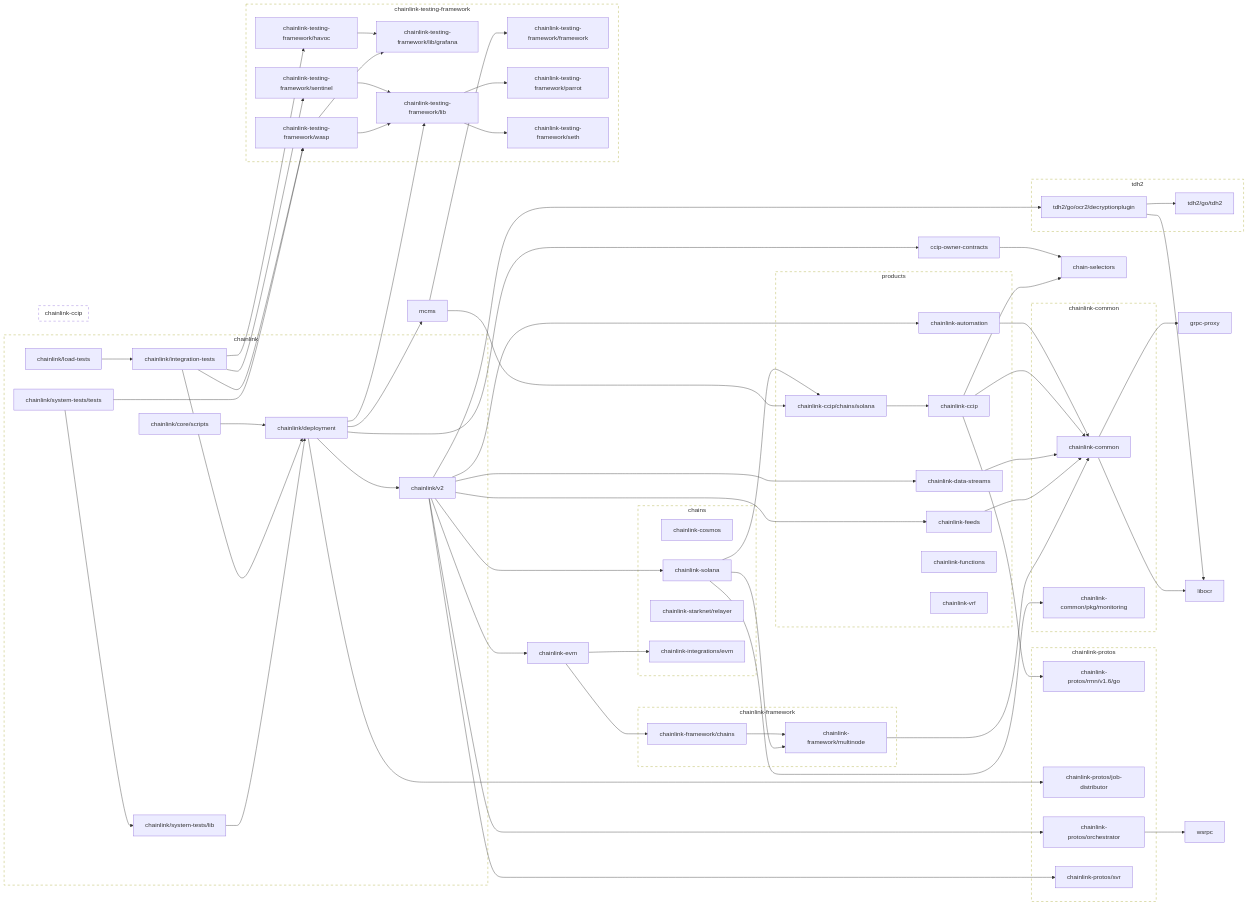
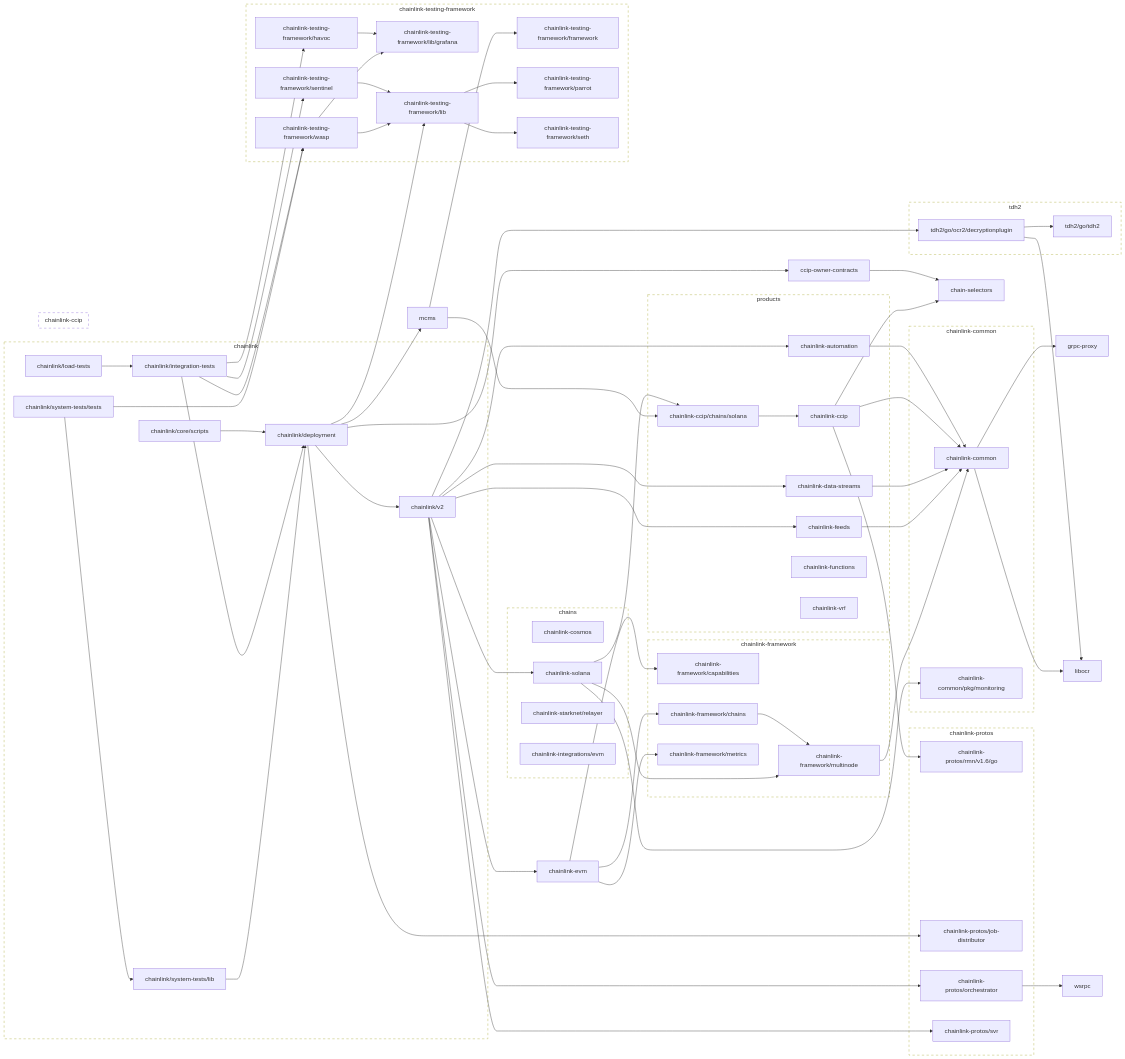
Before and after one commit to JohnDaWalka/chainlink: the second of 2 diagrams in go.md, drawn with Mermaid. The commit also changed other lines of this file, not shown here.

```diff
--- a/go.md
+++ b/go.md
@@ -157,17 +162,20 @@
 	click chainlink-common/pkg/monitoring href "https://github.com/smartcontractkit/chainlink-common"
 	chainlink-data-streams --> chainlink-common
 	click chainlink-data-streams href "https://github.com/smartcontractkit/chainlink-data-streams"
+	chainlink-evm --> chainlink-framework/capabilities
 	chainlink-evm --> chainlink-framework/chains
-	chainlink-evm --> chainlink-integrations/evm
+	chainlink-evm --> chainlink-framework/metrics
 	click chainlink-evm href "https://github.com/smartcontractkit/chainlink-evm"
 	chainlink-feeds --> chainlink-common
 	click chainlink-feeds href "https://github.com/smartcontractkit/chainlink-feeds"
+	chainlink-framework/capabilities
+	click chainlink-framework/capabilities href "https://github.com/smartcontractkit/chainlink-framework"
 	chainlink-framework/chains --> chainlink-framework/multinode
 	click chainlink-framework/chains href "https://github.com/smartcontractkit/chainlink-framework"
+	chainlink-framework/metrics
+	click chainlink-framework/metrics href "https://github.com/smartcontractkit/chainlink-framework"
 	chainlink-framework/multinode --> chainlink-common
 	click chainlink-framework/multinode href "https://github.com/smartcontractkit/chainlink-framework"
-	chainlink-integrations/evm
-	click chainlink-integrations/evm href "https://github.com/smartcontractkit/chainlink-integrations"
 	chainlink-protos/job-distributor
 	click chainlink-protos/job-distributor href "https://github.com/smartcontractkit/chainlink-protos"
 	chainlink-protos/orchestrator --> wsrpc
@@ -266,7 +274,9 @@
 	click chainlink-common-repo href "https://github.com/smartcontractkit/chainlink-common"
 
 	subgraph chainlink-framework-repo[chainlink-framework]
+		 chainlink-framework/capabilities
 		 chainlink-framework/chains
+		 chainlink-framework/metrics
 		 chainlink-framework/multinode
 	end
 	click chainlink-framework-repo href "https://github.com/smartcontractkit/chainlink-framework"
```
